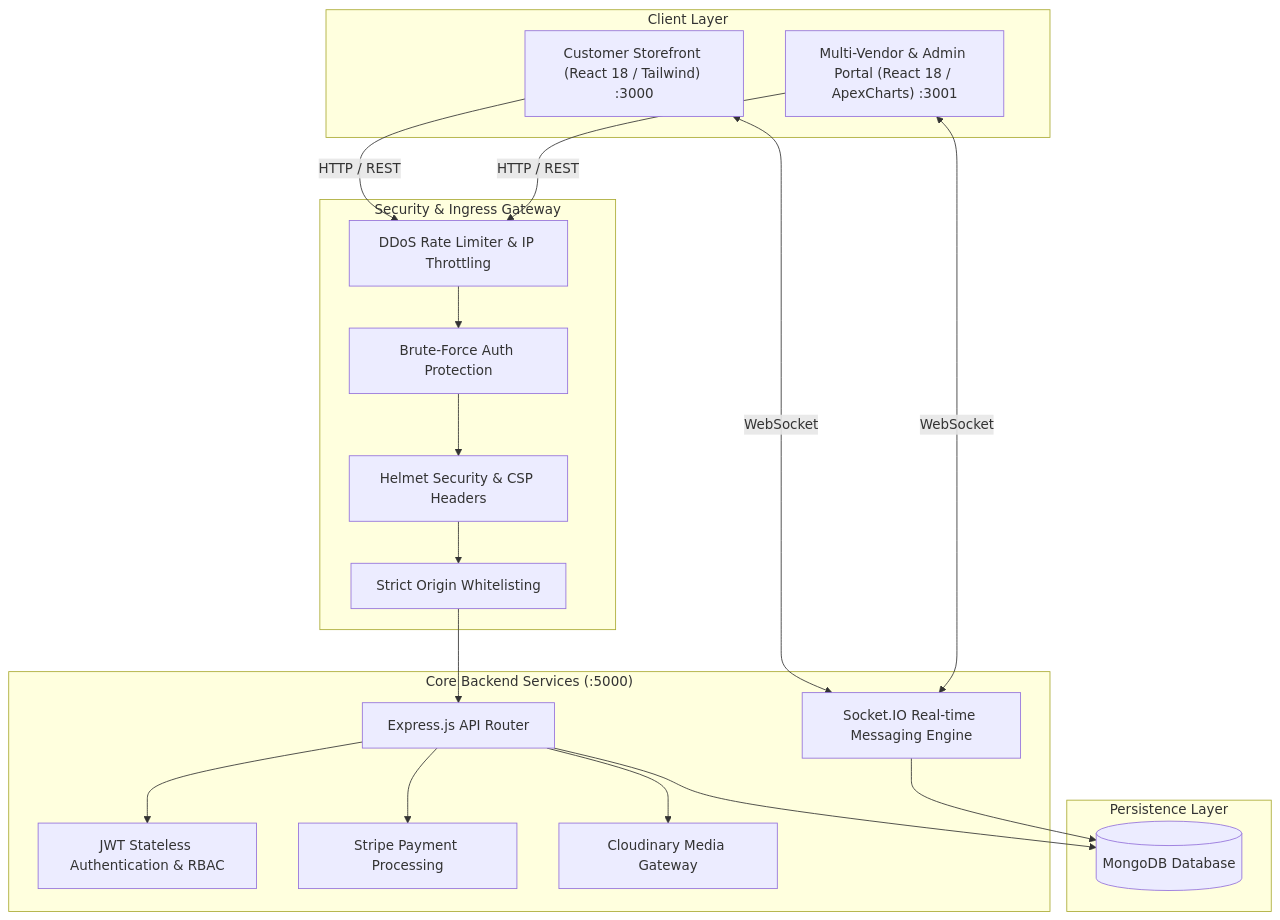
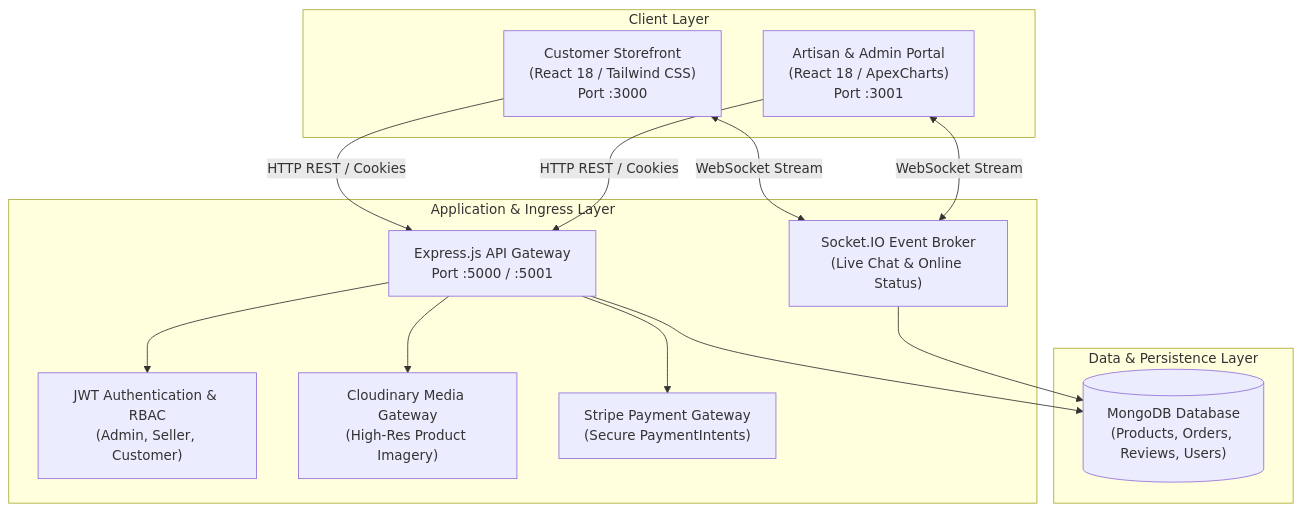
One commit to Craftoras/craftoras changed the diagram in README.md. Above: the diagram before and after it, drawn with Mermaid. The commit also changed other lines of this file and 2 other files, not shown here.

First line of the commit message:
docs: streamline README for pure artisanal e-commerce and remove DDoS references

````diff
--- a/README.md
+++ b/README.md
@@ -44,38 +67,30 @@
 ```mermaid
 graph TD
     subgraph Clients ["Client Layer"]
-        Storefront["Customer Storefront (React 18 / Tailwind) :3000"]
-        Dashboard["Multi-Vendor & Admin Portal (React 18 / ApexCharts) :3001"]
+        Storefront["Customer Storefront<br/>(React 18 / Tailwind CSS)<br/>Port :3000"]
+        Dashboard["Artisan & Admin Portal<br/>(React 18 / ApexCharts)<br/>Port :3001"]
     end
 
-    subgraph SecurityGateway ["Security & Ingress Gateway"]
-        DDoSLimiter["DDoS Rate Limiter & IP Throttling"]
-        AuthLimiter["Brute-Force Auth Protection"]
-        HelmetHeaders["Helmet Security & CSP Headers"]
-        CORSFilter["Strict Origin Whitelisting"]
+    subgraph Gateway ["Application & Ingress Layer"]
+        ExpressApp["Express.js API Gateway<br/>Port :5000 / :5001"]
+        AuthMiddleware["JWT Authentication & RBAC<br/>(Admin, Seller, Customer)"]
+        SocketBroker["Socket.IO Event Broker<br/>(Live Chat & Online Status)"]
+        UploadEngine["Cloudinary Media Gateway<br/>(High-Res Product Imagery)"]
+        StripeEngine["Stripe Payment Gateway<br/>(Secure PaymentIntents)"]
     end
 
-    subgraph BackendCore ["Core Backend Services (:5000)"]
-        APIGateway["Express.js API Router"]
-        SocketEngine["Socket.IO Real-time Messaging Engine"]
-        JWTAuth["JWT Stateless Authentication & RBAC"]
-        PaymentEngine["Stripe Payment Processing"]
-        MediaService["Cloudinary Media Gateway"]
+    subgraph Storage ["Data & Persistence Layer"]
+        MongoStore[("MongoDB Database<br/>(Products, Orders, Reviews, Users)")]
     end
 
-    subgraph DataStore ["Persistence Layer"]
-        MongoDB[("MongoDB Database")]
-    end
+    Storefront -->|HTTP REST / Cookies| ExpressApp
+    Dashboard -->|HTTP REST / Cookies| ExpressApp
+    Storefront <-->|WebSocket Stream| SocketBroker
+    Dashboard <-->|WebSocket Stream| SocketBroker
 
-    Storefront -->|HTTP / REST| DDoSLimiter
-    Dashboard -->|HTTP / REST| DDoSLimiter
-    Storefront <-->|WebSocket| SocketEngine
-    Dashboard <-->|WebSocket| SocketEngine
-
-    DDoSLimiter --> AuthLimiter --> HelmetHeaders --> CORSFilter --> APIGateway
-    APIGateway --> JWTAuth
-    APIGateway --> PaymentEngine
-    APIGateway --> MediaService
-    APIGateway --> MongoDB
-    SocketEngine --> MongoDB
+    ExpressApp --> AuthMiddleware
+    ExpressApp --> StripeEngine
+    ExpressApp --> UploadEngine
+    ExpressApp --> MongoStore
+    SocketBroker --> MongoStore
 ```
````
